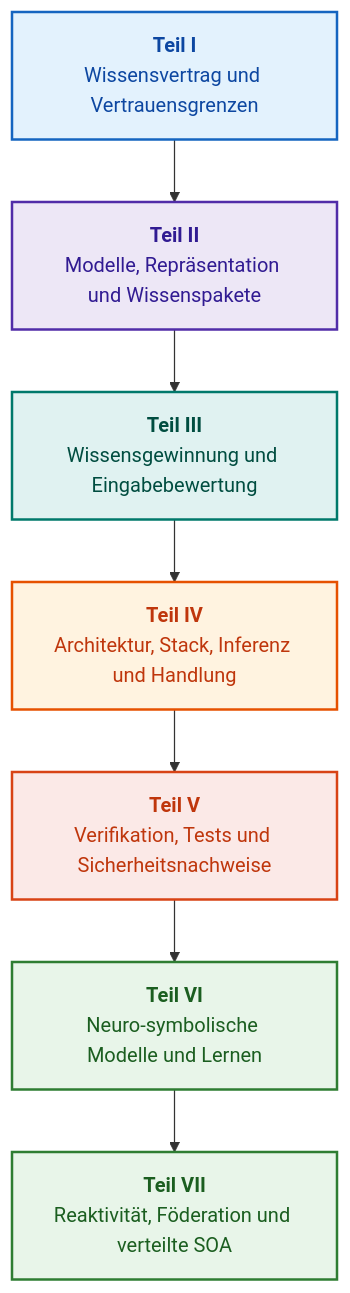
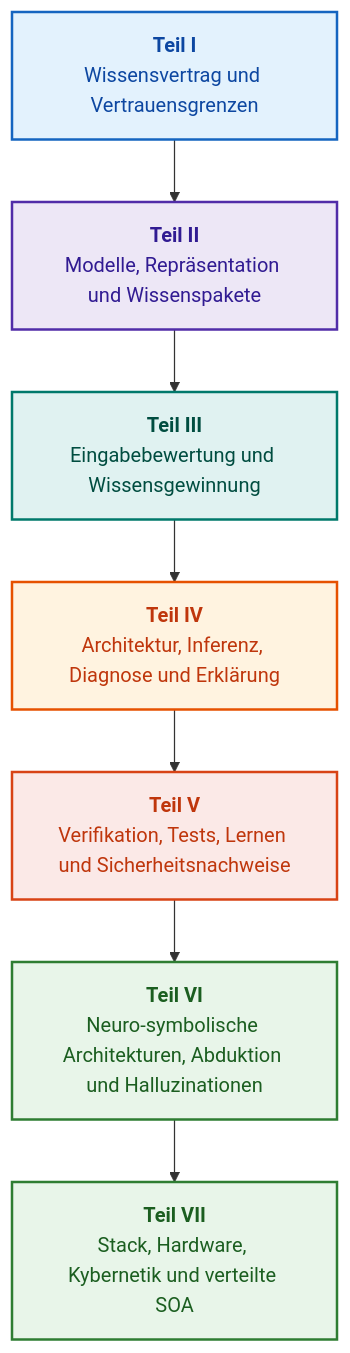
Before and after one commit to nick-fedchik/articles: the diagram in ExpertSystem/translations/de/README.md, drawn with Mermaid. The commit also changed other lines of this file and 174 other files, not shown here.

Commit message:
refactor(structure): reorganize monograph into canonical topological order across Parts III-VII

````diff
--- a/ExpertSystem/translations/de/README.md
+++ b/ExpertSystem/translations/de/README.md
@@ -176,26 +176,26 @@
 ```mermaid
 flowchart TD
     accTitle: Struktur des Buches und Zusammenhang der Teile
-    accDescr: Sieben Themenblöcke von Wissensverträgen über Repräsentation bis zur verteilten SOA.
+    accDescr: Sieben Themenblöcke von Wissensverträgen über Repräsentation, Eingabebewertung, Inferenz, Verifikation und Neuro-Symbolik bis zur verteilten SOA.
 
     P1["<b>Teil I</b><br/>Wissensvertrag und Vertrauensgrenzen"] --> P2["<b>Teil II</b><br/>Modelle, Repräsentation und Wissenspakete"]
-    P2 --> P3["<b>Teil III</b><br/>Wissensgewinnung und Eingabebewertung"]
-    P3 --> P4["<b>Teil IV</b><br/>Architektur, Stack, Inferenz und Handlung"]
-    P4 --> P5["<b>Teil V</b><br/>Verifikation, Tests und Sicherheitsnachweise"]
-    P5 --> P6["<b>Teil VI</b><br/>Neuro-symbolische Modelle und Lernen"]
-    P6 --> P7["<b>Teil VII</b><br/>Reaktivität, Föderation und verteilte SOA"]
+    P2 --> P3["<b>Teil III</b><br/>Eingabebewertung und Wissensgewinnung"]
+    P3 --> P4["<b>Teil IV</b><br/>Architektur, Inferenz, Diagnose und Erklärung"]
+    P4 --> P5["<b>Teil V</b><br/>Verifikation, Tests, Lernen und Sicherheitsnachweise"]
+    P5 --> P6["<b>Teil VI</b><br/>Neuro-symbolische Architekturen, Abduktion und Halluzinationen"]
+    P6 --> P7["<b>Teil VII</b><br/>Stack, Hardware, Kybernetik und verteilte SOA"]
 
     classDef p1 fill:#e3f2fd,stroke:#1565c0,stroke-width:2px,color:#0d47a1;
     classDef p2 fill:#ede7f6,stroke:#512da8,stroke-width:2px,color:#311b92;
     classDef p3 fill:#e0f2f1,stroke:#00796b,stroke-width:2px,color:#004d40;
     classDef p4 fill:#fff3e0,stroke:#e65100,stroke-width:2px,color:#bf360c;
     classDef p5 fill:#fbe9e7,stroke:#d84315,stroke-width:2px,color:#bf360c;
     classDef p6 fill:#e8f5e9,stroke:#2e7d32,stroke-width:2px,color:#1b5e20;
 
     class P1 p1;
     class P2 p2;
     class P3 p3;
     class P4 p4;
     class P5 p5;
     class P6,P7 p6;
 ```
````
